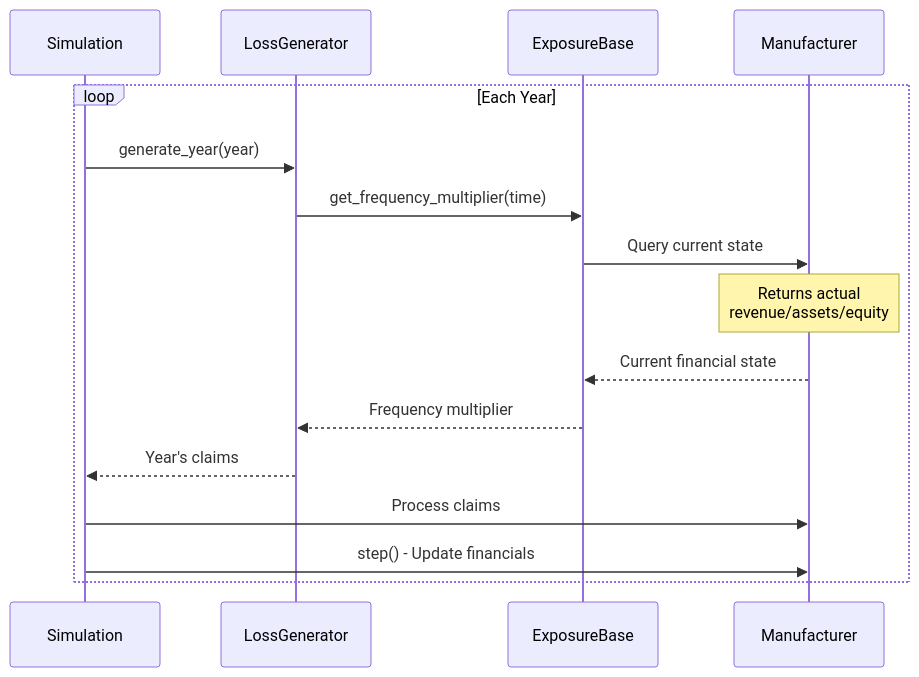
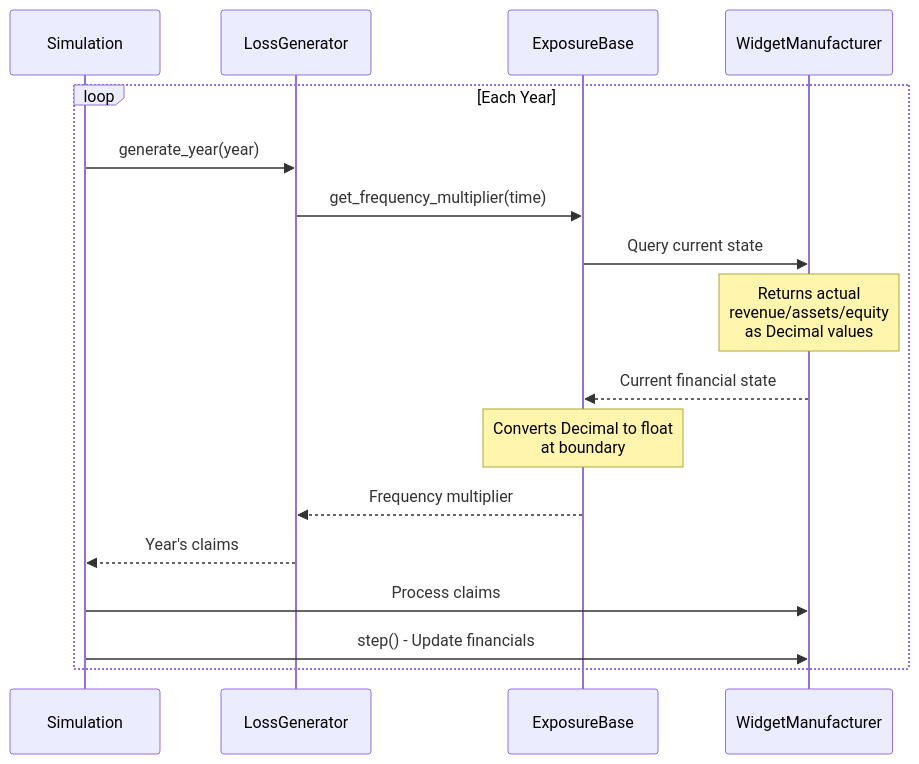
The third of 3 diagrams in ergodic_insurance/docs/architecture/exposure_system.md (AlexFiliakov/Ergodic-Insurance-Limits), drawn with Mermaid before and after one commit. The commit also changed other lines of this file and 14 other files, not shown here.

First line of the commit message:
docs: Update and expand Mermaid architecture diagrams (#185) (#341)

````diff
--- a/ergodic_insurance/docs/architecture/exposure_system.md
+++ b/ergodic_insurance/docs/architecture/exposure_system.md
@@ -80,19 +203,20 @@
 ```{mermaid}
 sequenceDiagram
     participant Sim as Simulation
     participant Gen as LossGenerator
     participant Exp as ExposureBase
-    participant Mfg as Manufacturer
+    participant Mfg as WidgetManufacturer
 
     loop Each Year
         Sim->>Gen: generate_year(year)
         Gen->>Exp: get_frequency_multiplier(time)
         Exp->>Mfg: Query current state
-        Note over Mfg: Returns actual<br/>revenue/assets/equity
+        Note over Mfg: Returns actual<br/>revenue/assets/equity<br/>as Decimal values
         Mfg-->>Exp: Current financial state
+        Note over Exp: Converts Decimal to float<br/>at boundary
         Exp-->>Gen: Frequency multiplier
         Gen-->>Sim: Year's claims
         Sim->>Mfg: Process claims
         Sim->>Mfg: step() - Update financials
     end
 ```
````
